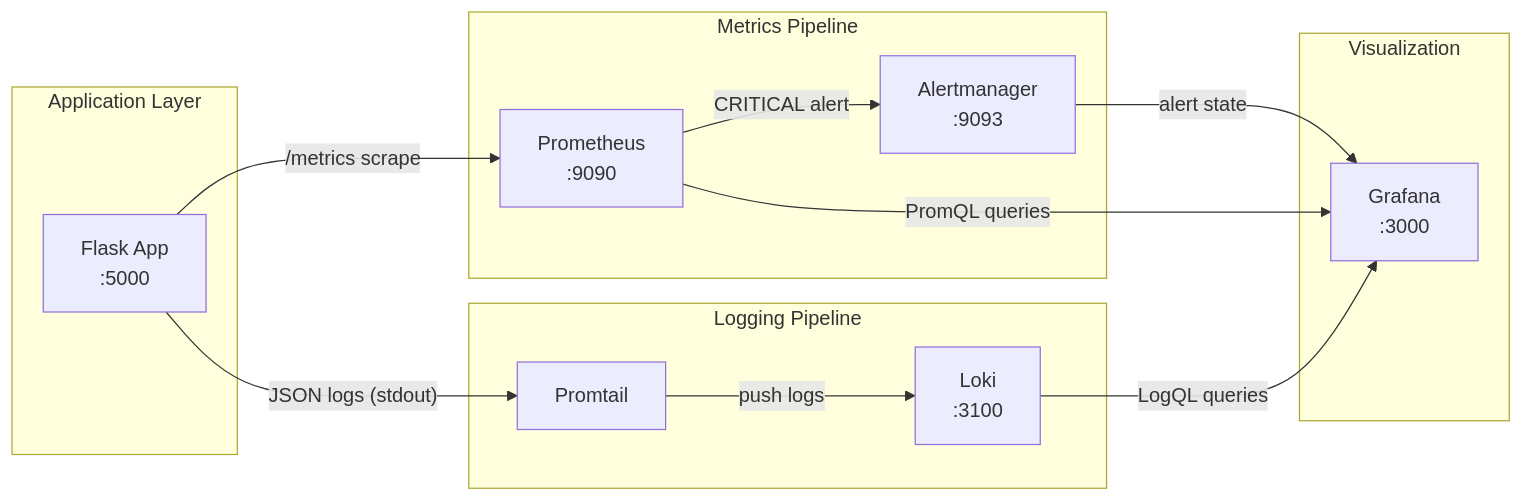
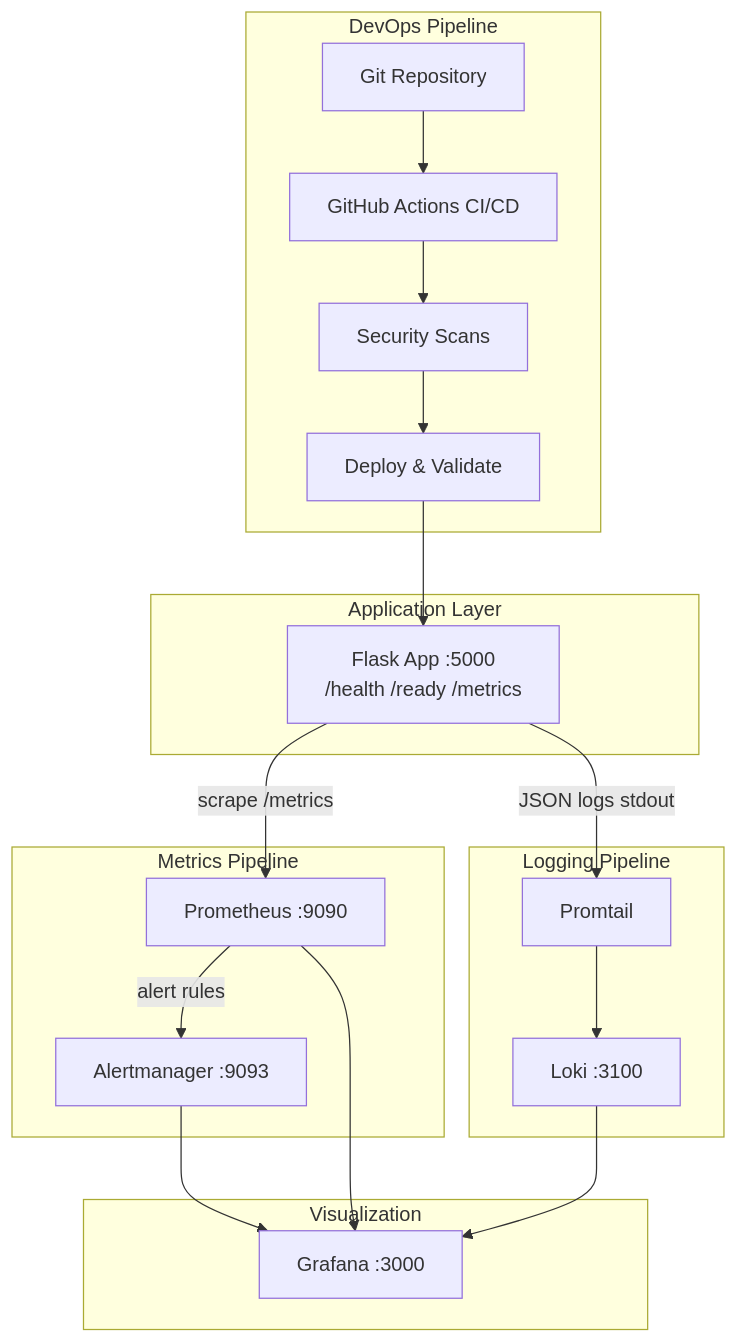
Before and after one commit to levanilekvinadze24/DevOps-Final: the first of 2 diagrams in README.md, drawn with Mermaid. The commit also changed other lines of this file and 28 other files, not shown here.

````diff
--- a/README.md
+++ b/README.md
@@ -38,28 +59,40 @@
 ```mermaid
-flowchart LR
+flowchart TB
+    subgraph DevOps Pipeline
+        GIT[Git Repository]
+        CI[GitHub Actions CI/CD]
+        SEC[Security Scans]
+        DEP[Deploy & Validate]
+    end
+
     subgraph Application Layer
-        APP["Flask App<br/>:5000"]
+        APP["Flask App :5000<br/>/health /ready /metrics"]
     end
 
     subgraph Metrics Pipeline
-        PROM["Prometheus<br/>:9090"]
-        AM["Alertmanager<br/>:9093"]
+        PROM["Prometheus :9090"]
+        AM["Alertmanager :9093"]
     end
 
     subgraph Logging Pipeline
         PT["Promtail"]
-        LOKI["Loki<br/>:3100"]
+        LOKI["Loki :3100"]
     end
 
     subgraph Visualization
-        GRAF["Grafana<br/>:3000"]
+        GRAF["Grafana :3000"]
     end
 
-    APP -->|"/metrics scrape"| PROM
-    APP -->|"JSON logs (stdout)"| PT
-    PT -->|"push logs"| LOKI
-    PROM -->|"CRITICAL alert"| AM
-    PROM -->|"PromQL queries"| GRAF
-    LOKI -->|"LogQL queries"| GRAF
-    AM -->|"alert state"| GRAF
+    GIT --> CI
+    CI --> SEC
+    SEC --> DEP
+    DEP --> APP
+
+    APP -->|scrape /metrics| PROM
+    APP -->|JSON logs stdout| PT
+    PT --> LOKI
+    PROM -->|alert rules| AM
+    PROM --> GRAF
+    LOKI --> GRAF
+    AM --> GRAF
 ```
````
